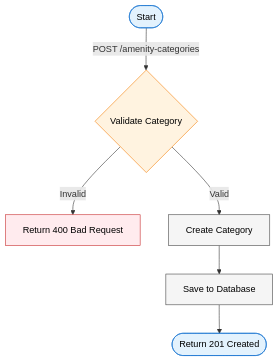
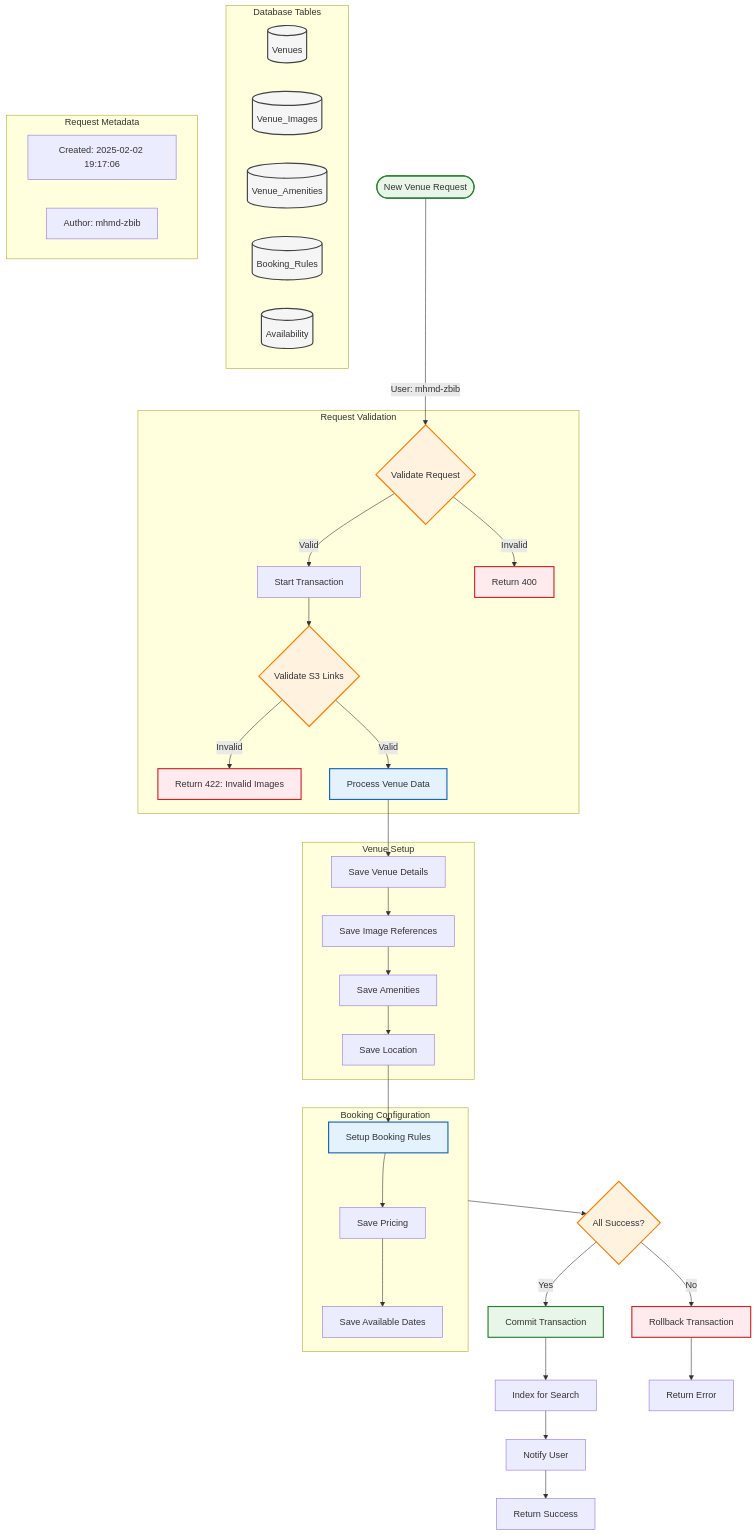
The diagram in venue-service/docs/flows/amenity-category-creation-flow.mmd (mhmd-zbib/event-management-system), drawn with Mermaid before and after one commit. The commit also changed 22 other files, not shown here.

Commit message:
docs: fixs diagrams in new drawio

```diff
--- a/venue-service/docs/flows/amenity-category-creation-flow.mmd
+++ b/venue-service/docs/flows/amenity-category-creation-flow.mmd
@@ -1,19 +1,72 @@
-graph TD
-%% Main Flow
-    Start([Start]) -->|POST /amenity-categories| ValidateCategory{Validate Category}
-    ValidateCategory -->|Invalid| HandleError[Return 400 Bad Request]
-    ValidateCategory -->|Valid| CreateCategory[Create Category]
-    CreateCategory --> SaveCategory[Save to Database]
-    SaveCategory --> Success([Return 201 Created])
+flowchart TD
+%% Request Entry
+    Start([New Venue Request]) -->|User: mhmd-zbib| RequestValidation
 
-%% Style Definitions
-    classDef start_end fill:#e3f2fd,stroke:#1976d2,color:black
-    classDef process fill:#f5f5f5,stroke:#424242,color:black
-    classDef validation fill:#fff3e0,stroke:#f57c00,color:black
-    classDef error fill:#ffebee,stroke:#c62828,color:black
+%% Initial Validation
+    subgraph Validation [Request Validation]
+        RequestValidation{Validate Request} -->|Valid| StartTX[Start Transaction]
+        RequestValidation -->|Invalid| Error400[Return 400]
 
-%% Apply Styles
-    class Start,Success start_end
-    class CreateCategory,SaveCategory process
-    class ValidateCategory validation
-    class HandleError error
+        StartTX --> ValidateS3{Validate S3 Links}
+        ValidateS3 -->|Invalid| Error422[Return 422: Invalid Images]
+        ValidateS3 -->|Valid| ProcessVenue
+    end
+
+%% Core Venue Processing
+    subgraph VenueCreation [Venue Setup]
+        ProcessVenue[Process Venue Data] --> SaveVenue[Save Venue Details]
+        SaveVenue --> SaveImages[Save Image References]
+        SaveImages --> SaveAmenities[Save Amenities]
+        SaveAmenities --> SaveLocation[Save Location]
+    end
+
+%% Booking Settings
+    subgraph BookingSetup [Booking Configuration]
+        SaveLocation --> SetupBooking[Setup Booking Rules]
+        SetupBooking --> SavePricing[Save Pricing]
+        SavePricing --> SaveAvailability[Save Available Dates]
+    end
+
+%% Transaction Completion
+    BookingSetup --> FinalCheck{All Success?}
+    FinalCheck -->|No| RollbackTX[Rollback Transaction]
+    FinalCheck -->|Yes| CommitTX[Commit Transaction]
+
+%% Post Processing
+    CommitTX --> IndexVenue[Index for Search]
+    IndexVenue --> NotifyUser[Notify User]
+
+%% Response Handling
+    RollbackTX --> ErrorResponse[Return Error]
+    NotifyUser --> SuccessResponse[Return Success]
+
+%% Database Schema Hints
+    subgraph DBSchema [Database Tables]
+        direction LR
+        Venues[(Venues)]
+        VenueImages[(Venue_Images)]
+        VenueAmenities[(Venue_Amenities)]
+        BookingRules[(Booking_Rules)]
+        Availability[(Availability)]
+    end
+
+%% Metadata
+    subgraph Meta [Request Metadata]
+        direction LR
+        Created[Created: 2025-02-02 19:17:06]
+        Author[Author: mhmd-zbib]
+    end
+
+%% Styling
+    classDef primary fill:#e3f2fd,stroke:#1565c0,stroke-width:2px
+    classDef secondary fill:#f3e5f5,stroke:#7b1fa2,stroke-width:2px
+    classDef decision fill:#fff3e0,stroke:#f57c00,stroke-width:2px
+    classDef success fill:#e8f5e9,stroke:#2e7d32,stroke-width:2px
+    classDef error fill:#ffebee,stroke:#c62828,stroke-width:2px
+    classDef db fill:#f5f5f5,stroke:#424242,stroke-width:2px
+
+    class Start,CommitTX success
+    class ProcessVenue,SetupBooking primary
+    class RequestValidation,ValidateS3,FinalCheck decision
+    class Error400,Error422,RollbackTX error
+    class Venues,VenueImages,VenueAmenities,BookingRules,Availability db
```
